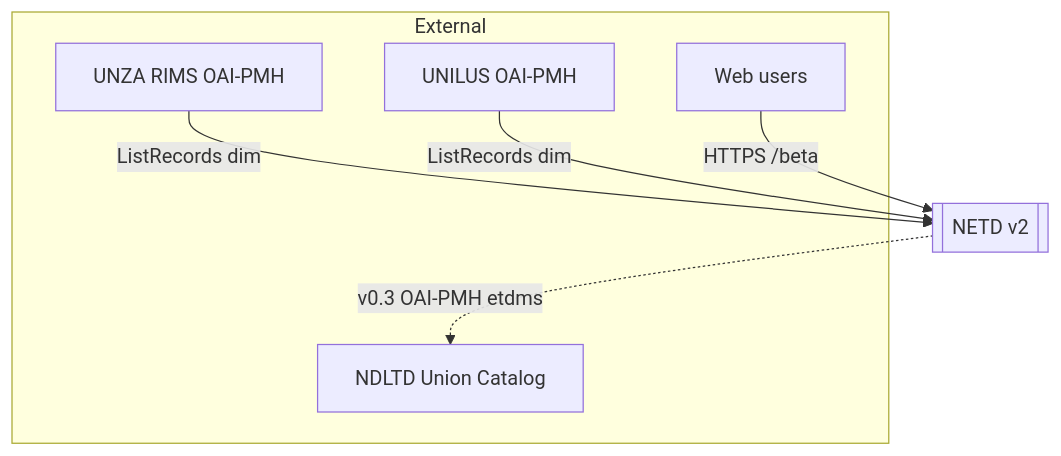
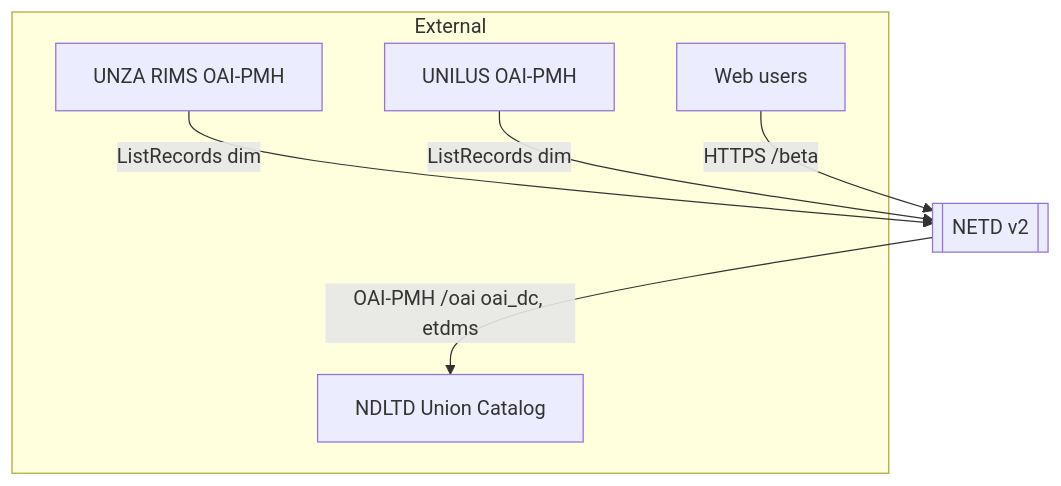
The second of 10 diagrams in docs/SDD.md (lightonphiri/code-datalab26-netd_aggregator), drawn with Mermaid before and after one commit. The commit also changed other lines of this file and 4 other files, not shown here.

Commit message:
Docs: SRS v0.20 (EI-4 priority M, met), SDD v0.18 (section 5.1 OAI-PMH data provider), OPERATIONS.md; Developer Resources: OAI-PMH live; tests/oai_conformance.py

````diff
--- a/docs/SDD.md
+++ b/docs/SDD.md
@@ -70,14 +71,14 @@
 ```mermaid
 flowchart TB
   subgraph External
     IR1[UNZA RIMS OAI-PMH]
     IR2[UNILUS OAI-PMH]
     NDLTD[NDLTD Union Catalog]
     Users[Web users]
   end
   NETD[[NETD v2]]
   IR1 -->|ListRecords dim| NETD
   IR2 -->|ListRecords dim| NETD
   Users -->|HTTPS /beta| NETD
-  NETD -.->|v0.3 OAI-PMH etdms| NDLTD
+  NETD -->|OAI-PMH /oai oai_dc, etdms| NDLTD
 ```
````
